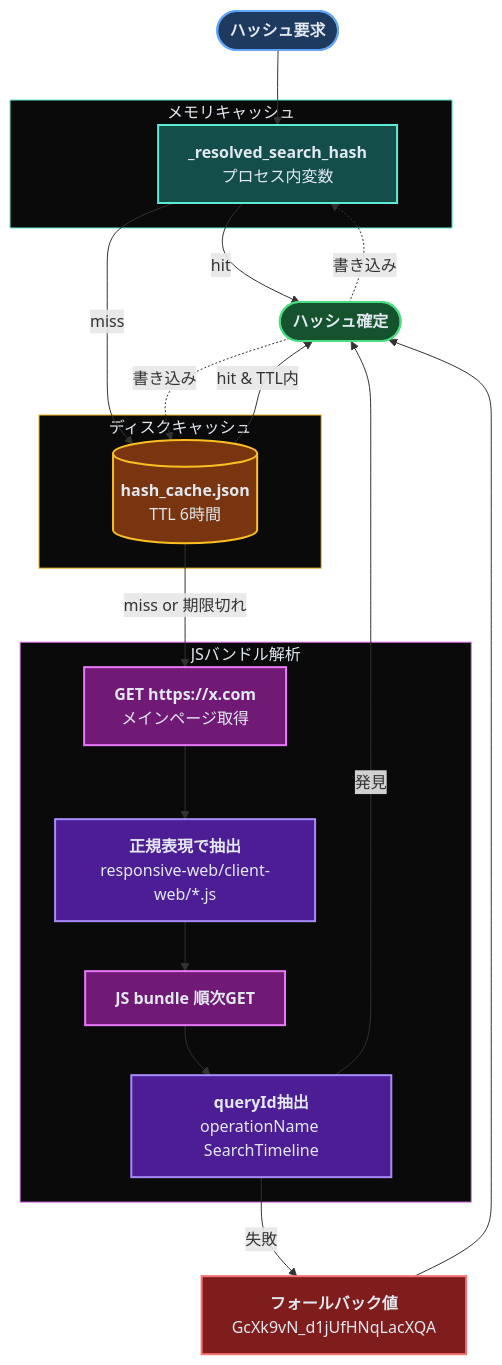
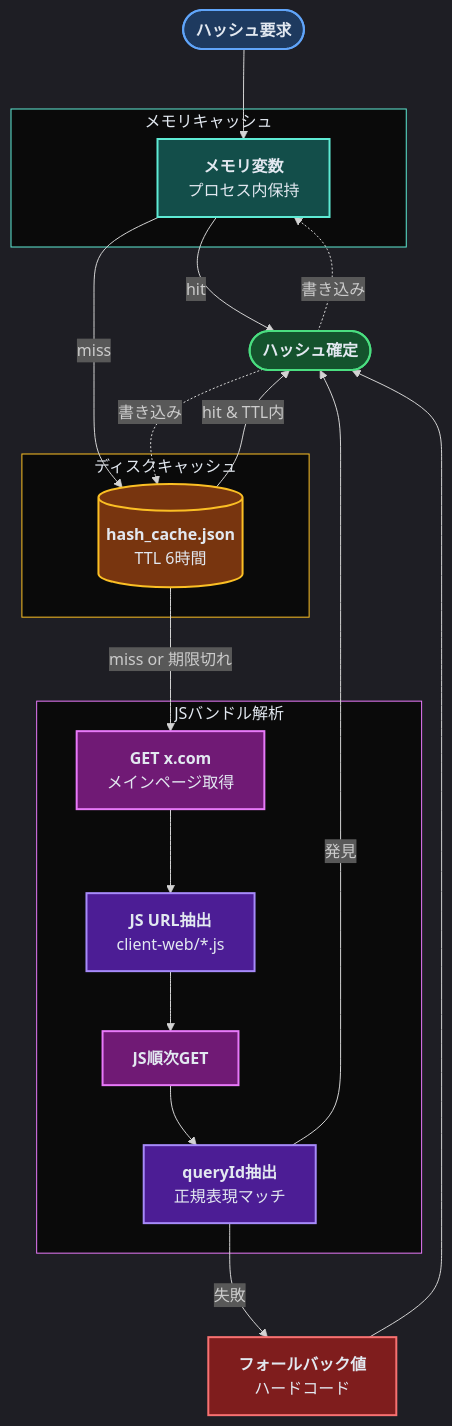
The second of 5 diagrams in content/products/x-scraper.md (haroin57/haroin57.com), drawn with Mermaid before and after one commit.

Commit message:
fix: x-scraper Layer 2の見切れ修正
ノードのテキストを短縮(_resolved_search_hash → メモリ変数等)、
fontSize 16px指定、nodeSpacing/rankSpacingを60pxに拡大。

````diff
--- a/content/products/x-scraper.md
+++ b/content/products/x-scraper.md
@@ -120,55 +120,65 @@
 ```mermaid
+---
+config:
+  theme: dark
+  themeVariables:
+    fontSize: 16px
+  flowchart:
+    htmlLabels: true
+    nodeSpacing: 60
+    rankSpacing: 60
+---
 flowchart TB
     START(["`**ハッシュ要求**`"]):::start
 
     subgraph MemCache["メモリキャッシュ"]
-        MEM["`**_resolved_search_hash**
-        プロセス内変数`"]:::cache
+        MEM["`**メモリ変数**
+        プロセス内保持`"]:::cache
     end
 
     subgraph DiskCache["ディスクキャッシュ"]
         DISK[("`**hash_cache.json**
         TTL 6時間`")]:::storage
     end
 
     subgraph FetchLogic["JSバンドル解析"]
-        GET_HOME["`**GET https://x.com**
+        GET_HOME["`**GET x.com**
         メインページ取得`"]:::fetch
-        EXTRACT_JS["`**正規表現で抽出**
-        responsive-web/client-web/*.js`"]:::process
-        GET_JS["`**JS bundle 順次GET**`"]:::fetch
+        EXTRACT_JS["`**JS URL抽出**
+        client-web/*.js`"]:::process
+        GET_JS["`**JS順次GET**`"]:::fetch
         PARSE["`**queryId抽出**
-        operationName SearchTimeline`"]:::process
+        正規表現マッチ`"]:::process
     end
 
     FALLBACK["`**フォールバック値**
-    GcXk9vN_d1jUfHNqLacXQA`"]:::fallback
+    ハードコード`"]:::fallback
 
     OUTPUT(["`**ハッシュ確定**`"]):::output
 
     START --> MEM
     MEM -->|hit| OUTPUT
     MEM -->|miss| DISK
     DISK -->|hit & TTL内| OUTPUT
     DISK -->|miss or 期限切れ| GET_HOME
     GET_HOME --> EXTRACT_JS
     EXTRACT_JS --> GET_JS
     GET_JS --> PARSE
     PARSE -->|発見| OUTPUT
     PARSE -->|失敗| FALLBACK
     FALLBACK --> OUTPUT
     OUTPUT -.->|書き込み| DISK
     OUTPUT -.->|書き込み| MEM
 
     classDef start fill:#1e3a5f,stroke:#60a5fa,stroke-width:2px,color:#e2e8f0
     classDef cache fill:#134e4a,stroke:#5eead4,stroke-width:2px,color:#e2e8f0
     classDef storage fill:#78350f,stroke:#fbbf24,stroke-width:2px,color:#e2e8f0
     classDef fetch fill:#701a75,stroke:#e879f9,stroke-width:2px,color:#e2e8f0
     classDef process fill:#4c1d95,stroke:#a78bfa,stroke-width:2px,color:#e2e8f0
     classDef fallback fill:#7f1d1d,stroke:#f87171,stroke-width:2px,color:#e2e8f0
     classDef output fill:#14532d,stroke:#4ade80,stroke-width:2px,color:#e2e8f0
 
     style MemCache fill:#0a0a0a,stroke:#5eead4,stroke-width:1px,color:#e2e8f0
     style DiskCache fill:#0a0a0a,stroke:#fbbf24,stroke-width:1px,color:#e2e8f0
     style FetchLogic fill:#0a0a0a,stroke:#e879f9,stroke-width:1px,color:#e2e8f0
 ```
````
